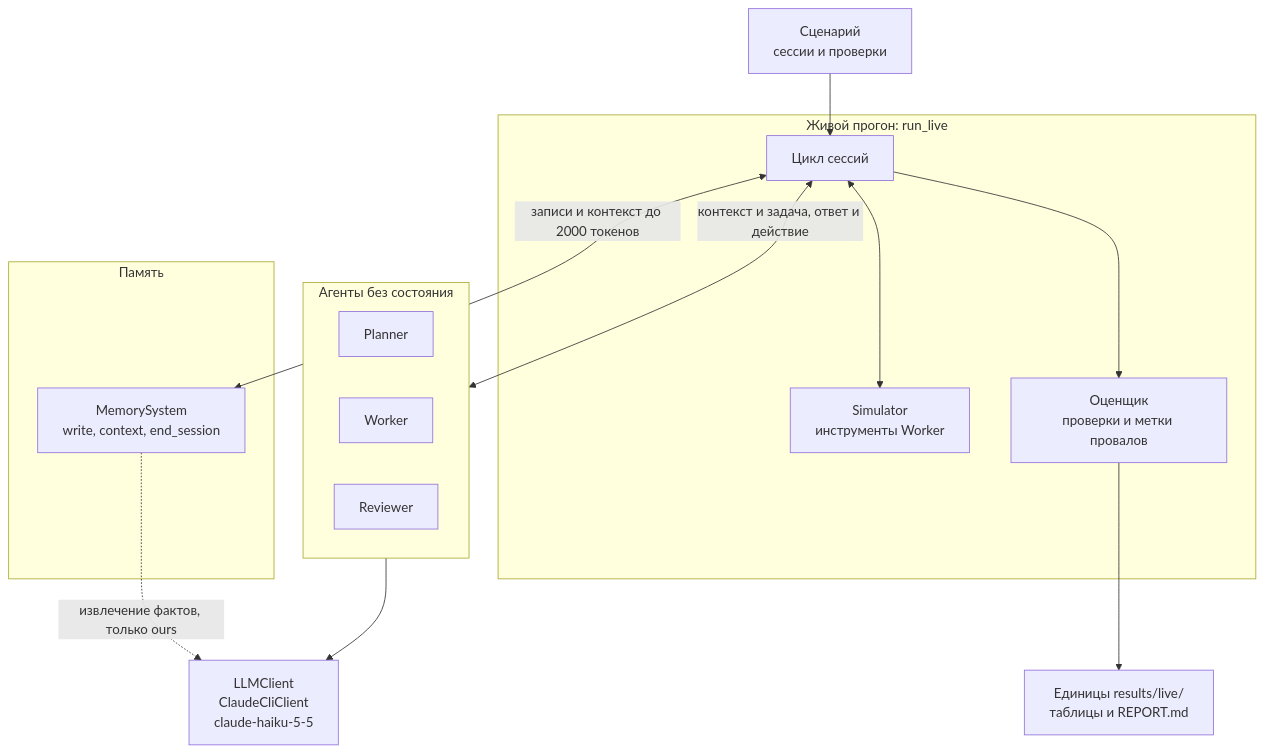
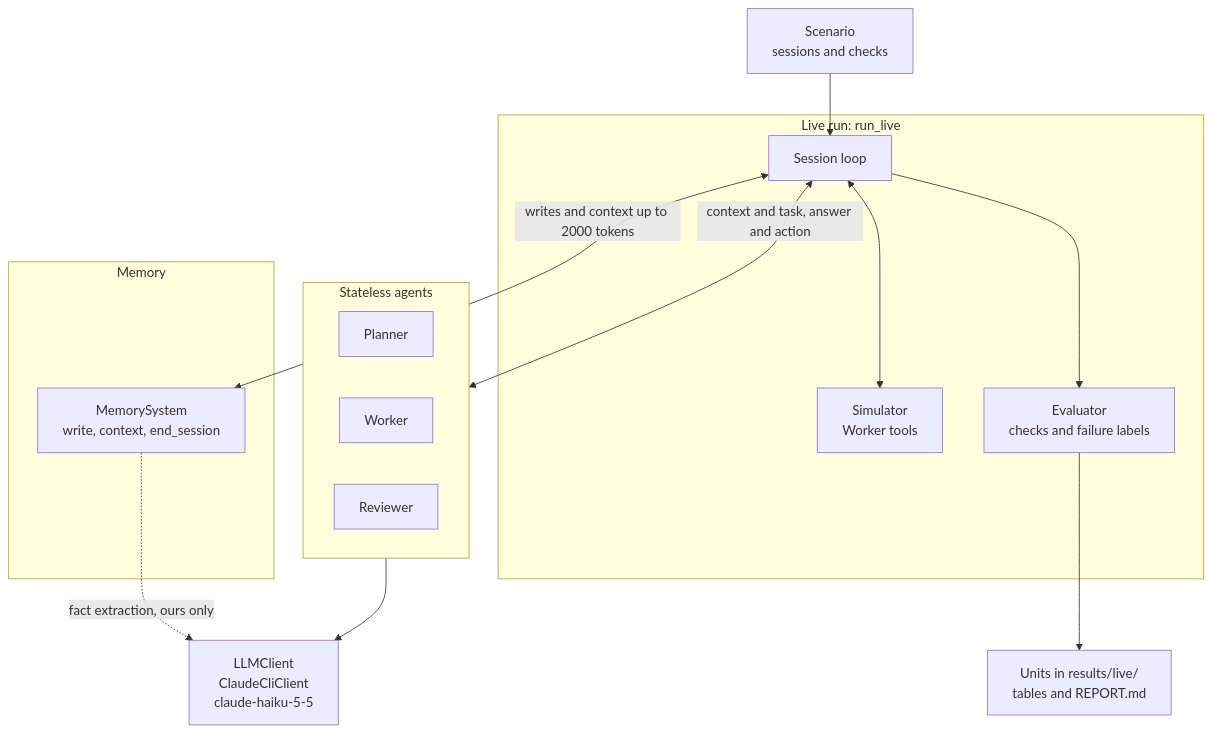
The first of 4 diagrams in docs/ARCHITECTURE.md (avikhorev/multi-agent-memory), drawn with Mermaid before and after one commit. The commit also changed other lines of this file and 63 other files, not shown here.

````diff
--- a/docs/ARCHITECTURE.md
+++ b/docs/ARCHITECTURE.md
@@ -13,42 +13,42 @@
 ```mermaid
 flowchart TB
-    scenario["Сценарий<br/>сессии и проверки"] --> loop
+    scenario["Scenario<br/>sessions and checks"] --> loop
 
-    subgraph harness["Живой прогон: run_live"]
-        loop["Цикл сессий"]
-        sim["Simulator<br/>инструменты Worker"]
-        scorer["Оценщик<br/>проверки и метки провалов"]
+    subgraph harness["Live run: run_live"]
+        loop["Session loop"]
+        sim["Simulator<br/>Worker tools"]
+        scorer["Evaluator<br/>checks and failure labels"]
     end
 
-    subgraph memory["Память"]
+    subgraph memory["Memory"]
         api["MemorySystem<br/>write, context, end_session"]
     end
 
-    subgraph agents["Агенты без состояния"]
+    subgraph agents["Stateless agents"]
         planner["Planner"]
         worker["Worker"]
         reviewer["Reviewer"]
     end
 
     llm["LLMClient<br/>ClaudeCliClient<br/>claude-haiku-5-5"]
-    results["Единицы results/live/<br/>таблицы и REPORT.md"]
+    results["Units in results/live/<br/>tables and REPORT.md"]
 
-    loop <-->|"записи и контекст до 2000 токенов"| api
-    loop <-->|"контекст и задача, ответ и действие"| agents
+    loop <-->|"writes and context up to 2000 tokens"| api
+    loop <-->|"context and task, answer and action"| agents
     loop <--> sim
     loop --> scorer
     scorer --> results
     agents --> llm
-    api -.->|"извлечение фактов, только ours"| llm
+    api -.->|"fact extraction, ours only"| llm
 
     click scenario href "https://github.com/avikhorev/multi-agent-memory/blob/18112222eb19dc6747d8ee919ad3317c25b77c6a/docs/SCENARIO_FORMAT.md"
     click loop href "https://github.com/avikhorev/multi-agent-memory/blob/18112222eb19dc6747d8ee919ad3317c25b77c6a/src/mam/live.py#L130-L203"
     click sim href "https://github.com/avikhorev/multi-agent-memory/blob/18112222eb19dc6747d8ee919ad3317c25b77c6a/src/mam/simulate.py#L14"
     click scorer href "https://github.com/avikhorev/multi-agent-memory/blob/18112222eb19dc6747d8ee919ad3317c25b77c6a/src/mam/scoring.py#L95"
     click api href "https://github.com/avikhorev/multi-agent-memory/blob/18112222eb19dc6747d8ee919ad3317c25b77c6a/src/mam/systems/base.py#L21"
     click planner href "https://github.com/avikhorev/multi-agent-memory/blob/18112222eb19dc6747d8ee919ad3317c25b77c6a/src/mam/agents.py#L22"
     click worker href "https://github.com/avikhorev/multi-agent-memory/blob/18112222eb19dc6747d8ee919ad3317c25b77c6a/src/mam/agents.py#L25"
     click reviewer href "https://github.com/avikhorev/multi-agent-memory/blob/18112222eb19dc6747d8ee919ad3317c25b77c6a/src/mam/agents.py#L31"
     click llm href "https://github.com/avikhorev/multi-agent-memory/blob/18112222eb19dc6747d8ee919ad3317c25b77c6a/src/mam/llm.py#L69"
     click results href "https://github.com/avikhorev/multi-agent-memory/blob/18112222eb19dc6747d8ee919ad3317c25b77c6a/results/live/main/tables.md"
 ```
````
